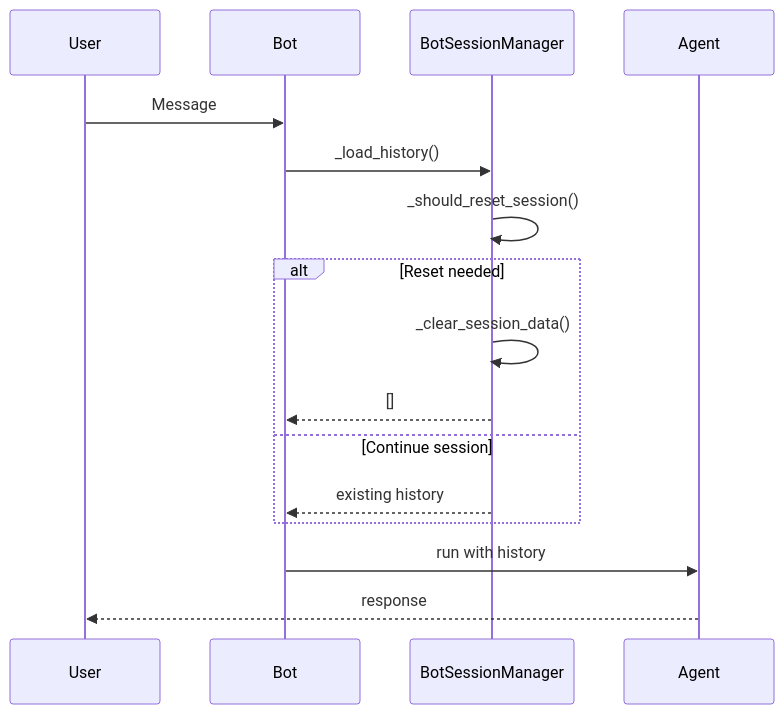
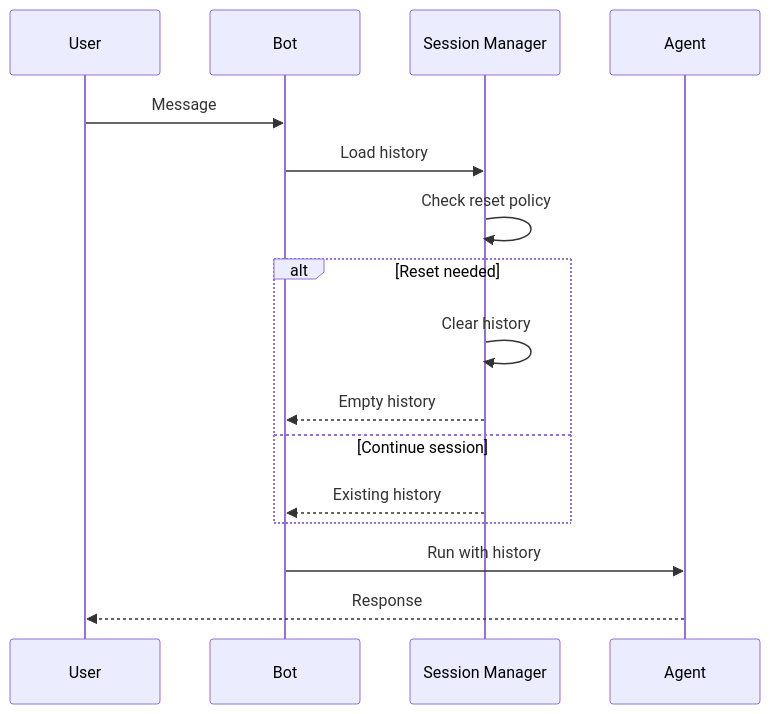
The second of 2 diagrams in docs/features/bot-session-reset.mdx (MervinPraison/PraisonAIDocs), drawn with Mermaid before and after one commit. The commit also changed other lines of this file, not shown here.

First line of the commit message:
docs: improve bot-session-reset user-friendliness (fixes #647)

````diff
--- a/docs/features/bot-session-reset.mdx
+++ b/docs/features/bot-session-reset.mdx
@@ -88,19 +88,19 @@
 ```mermaid
 sequenceDiagram
     participant User
     participant Bot
-    participant Manager as BotSessionManager
+    participant Manager as Session Manager
     participant Agent
 
     User->>Bot: Message
-    Bot->>Manager: _load_history()
-    Manager->>Manager: _should_reset_session()
+    Bot->>Manager: Load history
+    Manager->>Manager: Check reset policy
     alt Reset needed
-        Manager->>Manager: _clear_session_data()
-        Manager-->>Bot: []
+        Manager->>Manager: Clear history
+        Manager-->>Bot: Empty history
     else Continue session
-        Manager-->>Bot: existing history
+        Manager-->>Bot: Existing history
     end
-    Bot->>Agent: run with history
-    Agent-->>User: response
+    Bot->>Agent: Run with history
+    Agent-->>User: Response
 ```
````
